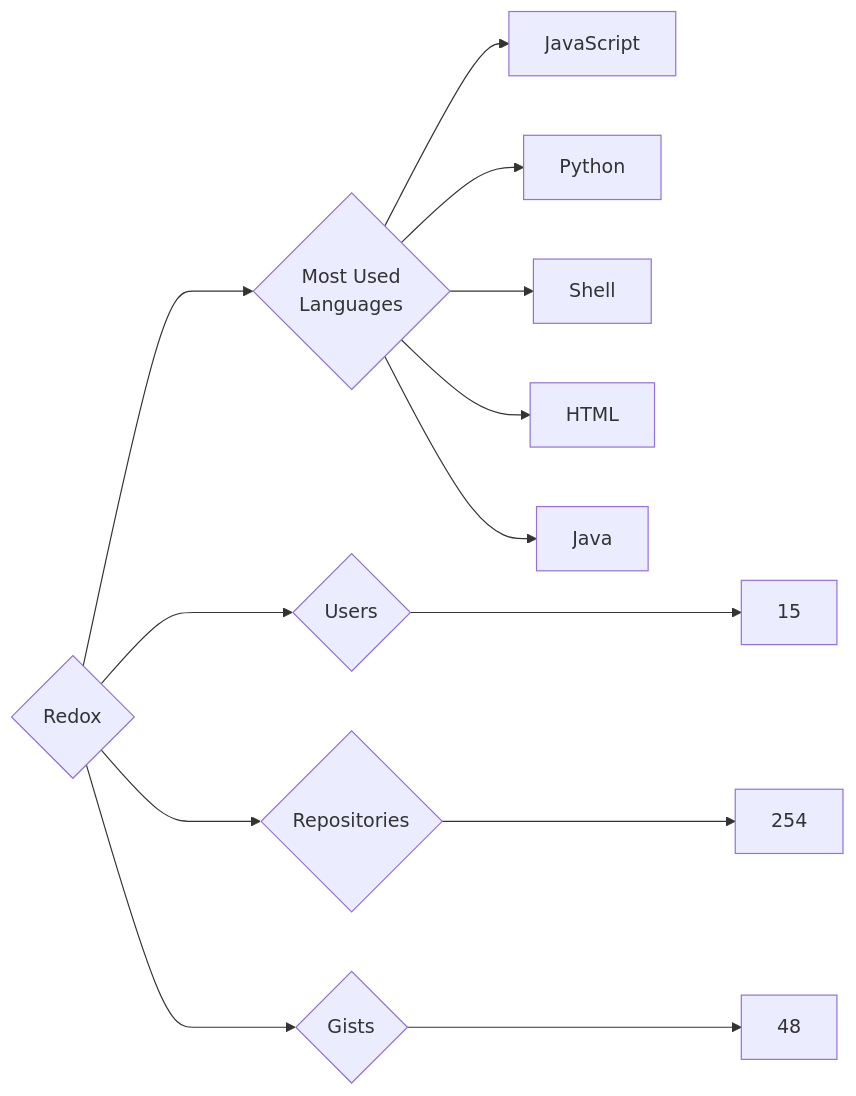
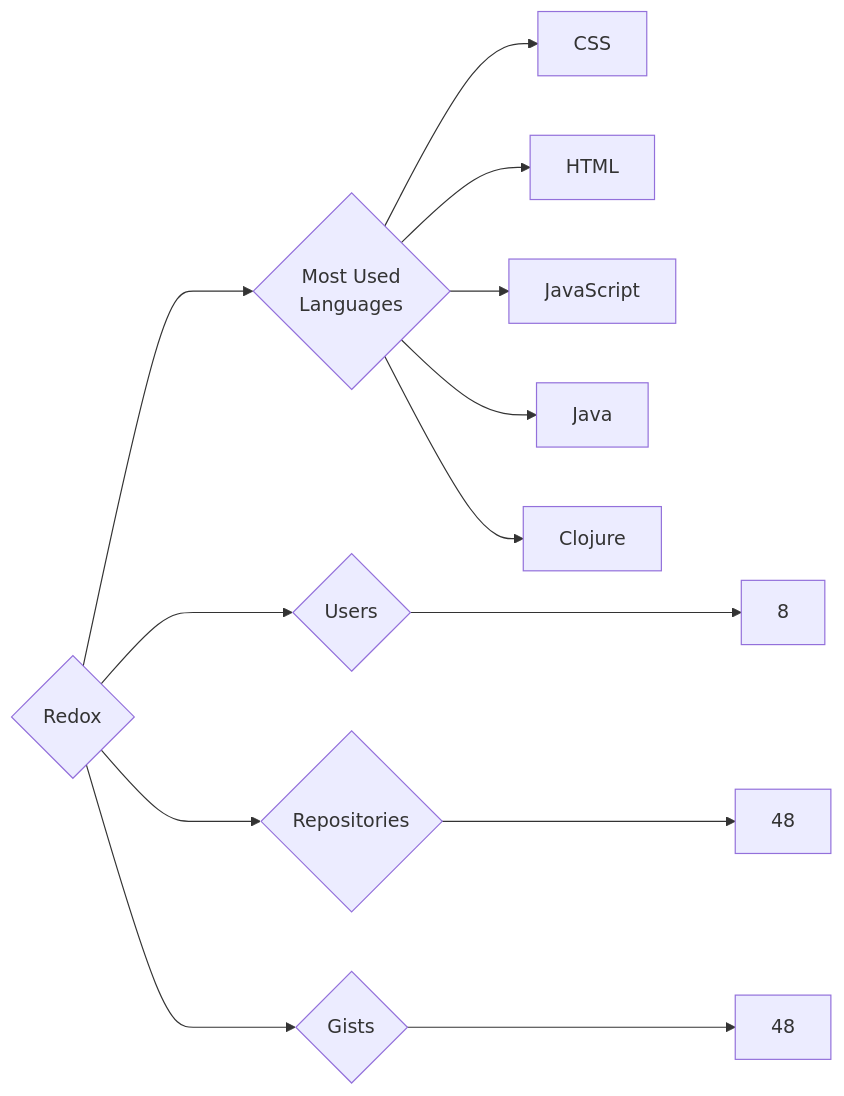
Before and after one commit to trickest/insiders: the diagram in targets/Redox/README.md, drawn with Mermaid. The commit also changed 940 other files, not shown here.

````diff
--- a/targets/Redox/README.md
+++ b/targets/Redox/README.md
@@ -3,13 +3,13 @@
 ```mermaid
 graph LR
 COMPANY_NAME{Redox}
-COMPANY_NAME ---> U{Users} ---> UN[15]
-COMPANY_NAME ---> R{Repositories} ---> RN[254]
+COMPANY_NAME ---> U{Users} ---> UN[8]
+COMPANY_NAME ---> R{Repositories} ---> RN[48]
 COMPANY_NAME ---> G{Gists} ---> GN[48]
 COMPANY_NAME ---> ML{Most Used<br>Languages}
+ML --> CSS[CSS]
+ML --> HTML[HTML]
 ML --> JavaScript[JavaScript]
-ML --> Python[Python]
-ML --> Shell[Shell]
-ML --> HTML[HTML]
 ML --> Java[Java]
+ML --> Clojure[Clojure]
 ```
````
